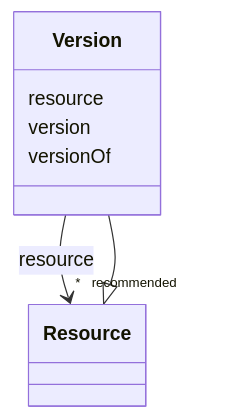
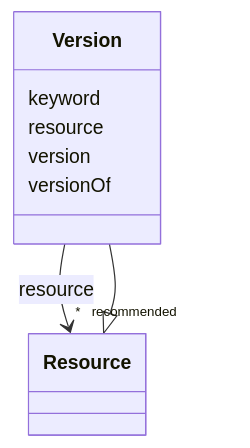
Before and after one commit to EVORA-project/evora-ontology: the diagram in models/docs/Version.md, drawn with Mermaid. The commit also changed other lines of this file and 402 other files, not shown here.

````diff
--- a/models/docs/Version.md
+++ b/models/docs/Version.md
@@ -19,22 +19,24 @@
 ```mermaid
  classDiagram
     class Version
     click Version href "../Version"
       Resource <|-- Version
         click Resource href "../Resource"
       
+      Version : keyword
+        
       Version : resource
         
           
     
     
     Version --> "* _recommended_" Resource : resource
     click Resource href "../Resource"
 
         
       Version : version
         
       Version : versionOf
         
       
 ```
````
